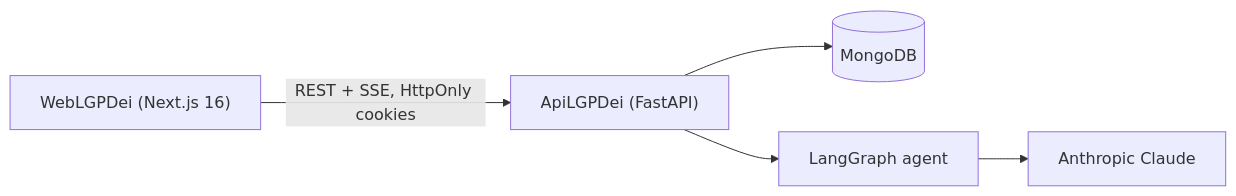
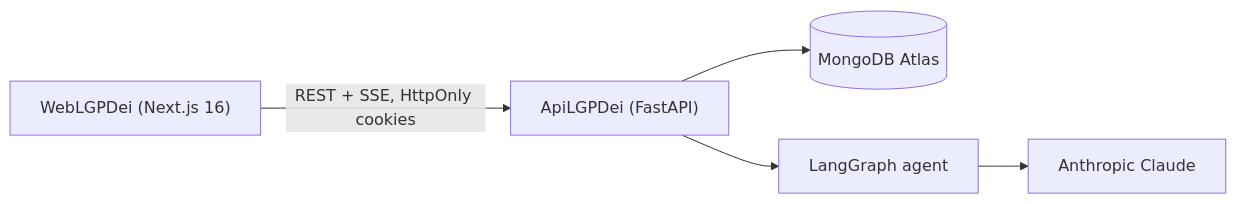
One commit to GustavoABarbosa/LGPDei changed the first of 2 diagrams in README.md. Above: the diagram before and after it, drawn with Mermaid. The commit also changed other lines of this file, not shown here.

Commit message:
docs: Add live demo, motivation and Vercel/Render/Atlas deployment to README

````diff
--- a/README.md
+++ b/README.md
@@ -16,7 +31,7 @@
 ```mermaid
 flowchart LR
   Web["WebLGPDei (Next.js 16)"] -->|"REST + SSE, HttpOnly cookies"| Api["ApiLGPDei (FastAPI)"]
-  Api --> Mongo[(MongoDB)]
+  Api --> Mongo[(MongoDB Atlas)]
   Api --> Graph["LangGraph agent"]
   Graph --> Claude["Anthropic Claude"]
 ```
````
